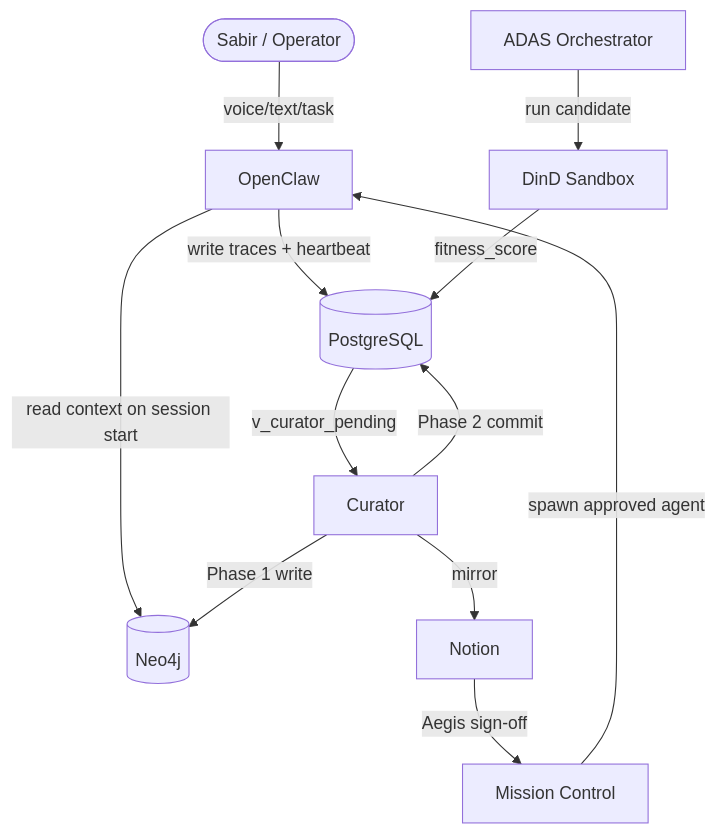
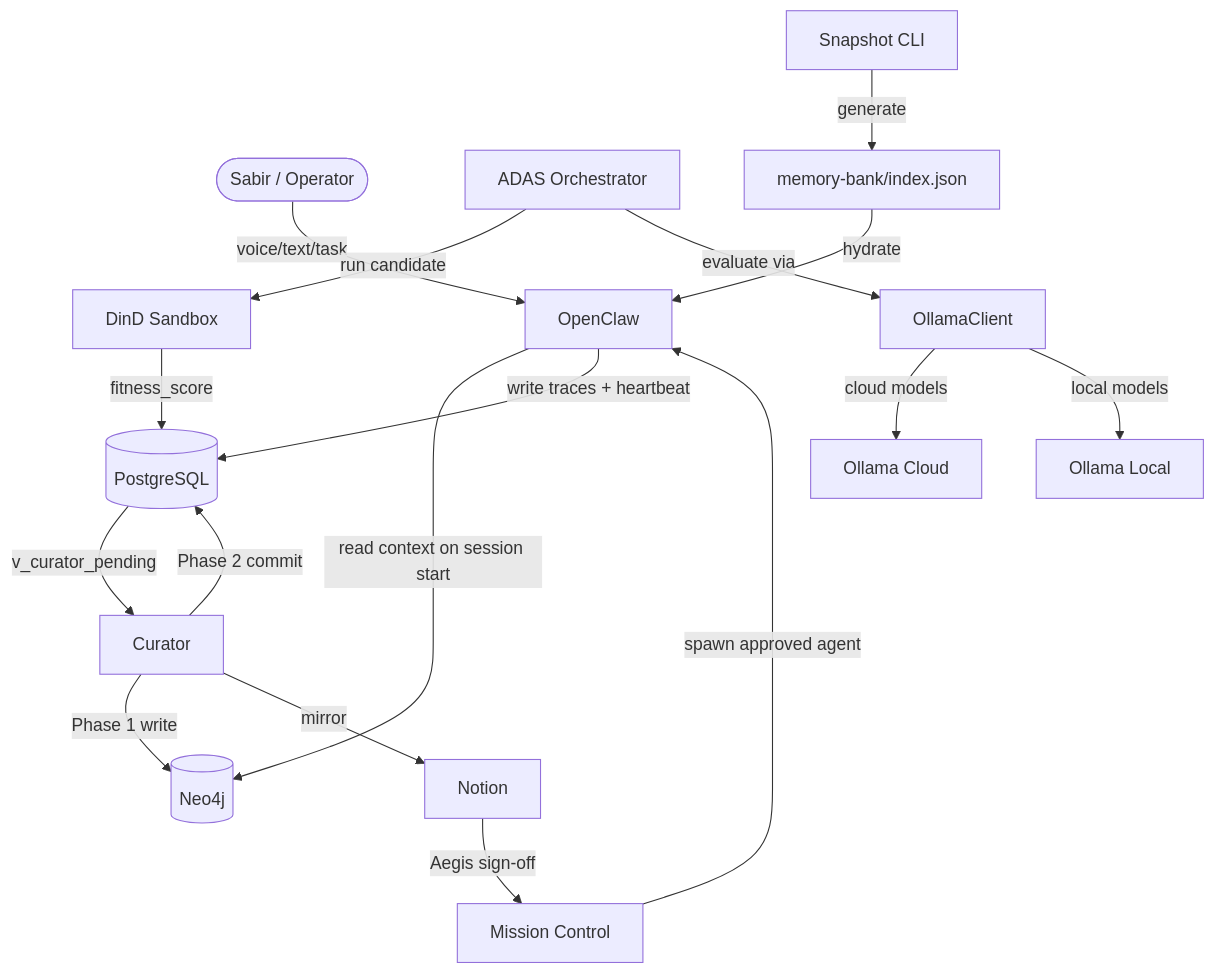
One commit to Charitablebusinessronin/Allura_Memory changed the first of 5 diagrams in docs/roninmemory/PROJECT.md. Above: the diagram before and after it, drawn with Mermaid. The commit also changed other lines of this file and 44 other files, not shown here.

Commit message:
chore: align opencode core agents with mcp-docker stack, fix prompt references, and scaffold memory-bank

````diff
--- a/docs/roninmemory/PROJECT.md
+++ b/docs/roninmemory/PROJECT.md
@@ -122,14 +216,19 @@
 ```mermaid
 graph TD
   Sabir([Sabir / Operator]) -->|voice/text/task| OC[OpenClaw]
   OC -->|read context on session start| N4J[(Neo4j)]
   OC -->|write traces + heartbeat| PG[(PostgreSQL)]
   PG -->|v_curator_pending| CUR[Curator]
   CUR -->|Phase 1 write| N4J
   CUR -->|Phase 2 commit| PG
   CUR -->|mirror| NOT[Notion]
   NOT -->|Aegis sign-off| MC[Mission Control]
   MC -->|spawn approved agent| OC
   ADAS[ADAS Orchestrator] -->|run candidate| DIND[DinD Sandbox]
   DIND -->|fitness_score| PG
+  ADAS -->|evaluate via| OC2[OllamaClient]
+  OC2 -->|cloud models| OLLAMA_CLOUD[Ollama Cloud]
+  OC2 -->|local models| OLLAMA_LOCAL[Ollama Local]
+  SNAP[Snapshot CLI] -->|generate| MB[memory-bank/index.json]
+  MB -->|hydrate| OC
 ```
````
